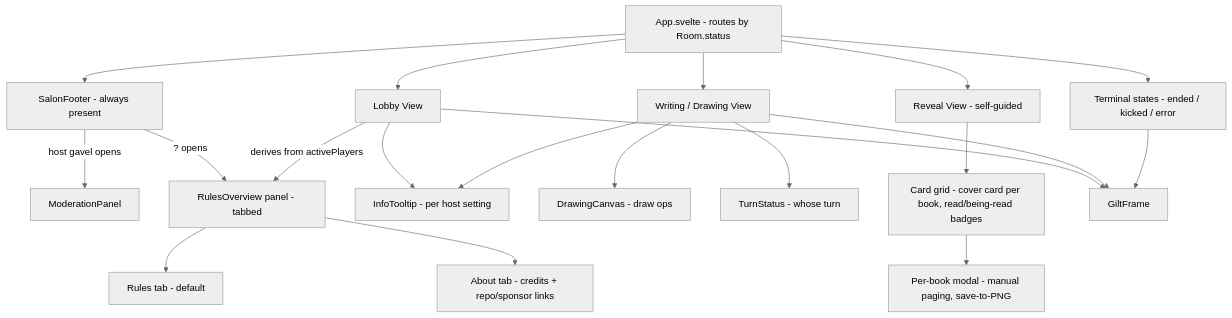
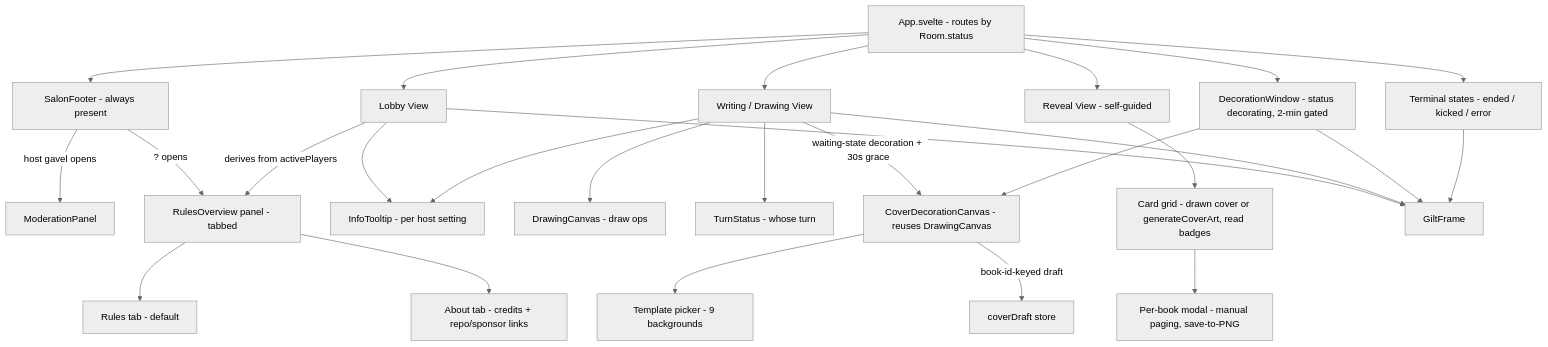
Before and after one commit to moui72/exquisite-telephone: the third of 3 diagrams in README.md, drawn with Mermaid (neutral theme). The commit also changed other lines of this file and 3 other files, not shown here.

First line of the commit message:
docs(project): regenerate all three diagrams for cover decoration

````diff
--- a/README.md
+++ b/README.md
@@ -243,28 +248,35 @@
 ```mermaid
 graph TD
     App[App.svelte - routes by Room.status]
     App --> SalonFooter[SalonFooter - always present]
     App --> Lobby[Lobby View]
     App --> WD[Writing / Drawing View]
+    App --> Decorate[DecorationWindow - status decorating, 2-min gated]
     App --> Reveal[Reveal View - self-guided]
     App --> States[Terminal states - ended / kicked / error]
 
     SalonFooter -->|host gavel opens| ModPanel[ModerationPanel]
     SalonFooter -->|? opens| Rules[RulesOverview panel - tabbed]
     Rules --> RulesTab[Rules tab - default]
     Rules --> AboutTab[About tab - credits + repo/sponsor links]
 
     Lobby --> InfoTip[InfoTooltip - per host setting]
     Lobby -->|derives from activePlayers| Rules
 
     WD --> Canvas[DrawingCanvas - draw ops]
     WD --> TurnStatus[TurnStatus - whose turn]
     WD --> InfoTip
+    WD -->|waiting-state decoration + 30s grace| CoverCanvas
 
-    Reveal --> CardGrid[Card grid - cover card per book, read/being-read badges]
+    Decorate --> CoverCanvas[CoverDecorationCanvas - reuses DrawingCanvas]
+    CoverCanvas --> TemplatePicker[Template picker - 9 backgrounds]
+    CoverCanvas -->|book-id-keyed draft| CoverDraft[coverDraft store]
+
+    Reveal --> CardGrid[Card grid - drawn cover or generateCoverArt, read badges]
     CardGrid --> BookModal[Per-book modal - manual paging, save-to-PNG]
 
     Lobby --> Gilt[GiltFrame]
     WD --> Gilt
+    Decorate --> Gilt
     States --> Gilt
 ```
````
